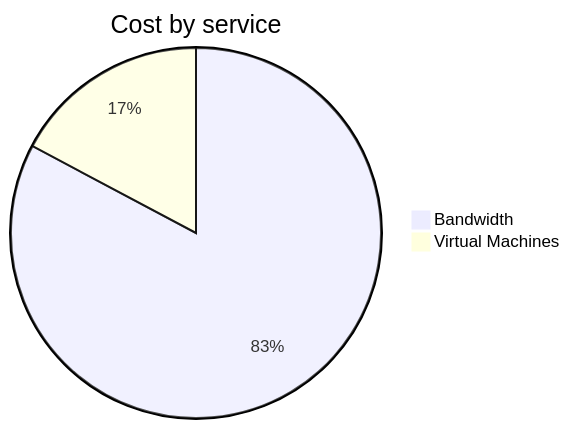
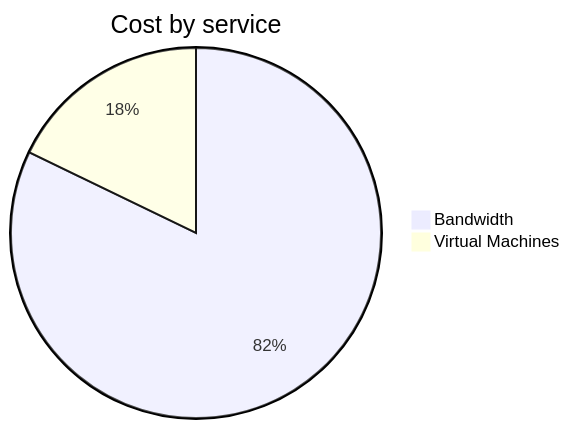
One commit to jpfulton/azure-personal-reports changed the second of 4 diagrams in cost-reports/personal-network/vpn-server.md. Above: the diagram before and after it, drawn with Mermaid. The commit also changed other lines of this file and 7 other files, not shown here.

````diff
--- a/cost-reports/personal-network/vpn-server.md
+++ b/cost-reports/personal-network/vpn-server.md
@@ -92,6 +92,6 @@
 ```mermaid
 pie
    title Cost by service
-   "Bandwidth" : 5.24
-   "Virtual Machines" : 1.09
+   "Bandwidth" : 5.90
+   "Virtual Machines" : 1.28
 ```
````
